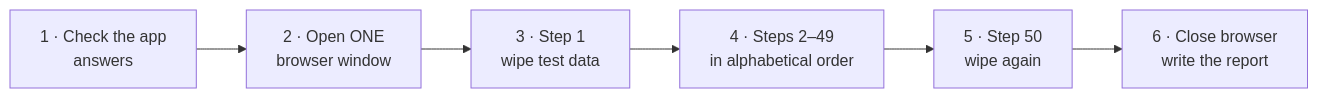
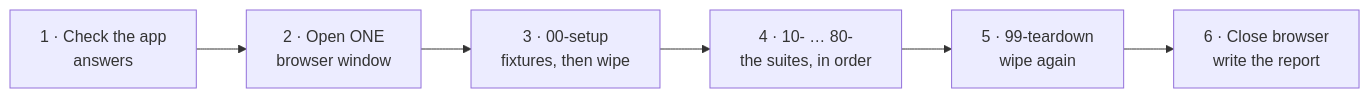
One commit to JoshNorris-Titan/titan-time-e2e changed the second of 3 diagrams in README.md. Above: the diagram before and after it, drawn with Mermaid. The commit also changed other lines of this file and 110 other files, not shown here.

````diff
--- a/README.md
+++ b/README.md
@@ -67,8 +67,8 @@
 ```mermaid
 flowchart LR
   A["1 · Check the app<br/>answers"] --> B["2 · Open ONE<br/>browser window"]
-  B --> C["3 · Step 1<br/>wipe test data"]
-  C --> D["4 · Steps 2–49<br/>in alphabetical order"]
-  D --> E["5 · Step 50<br/>wipe again"]
+  B --> C["3 · 00-setup<br/>fixtures, then wipe"]
+  C --> D["4 · 10- … 80-<br/>the suites, in order"]
+  D --> E["5 · 99-teardown<br/>wipe again"]
   E --> F["6 · Close browser<br/>write the report"]
 ```
````
